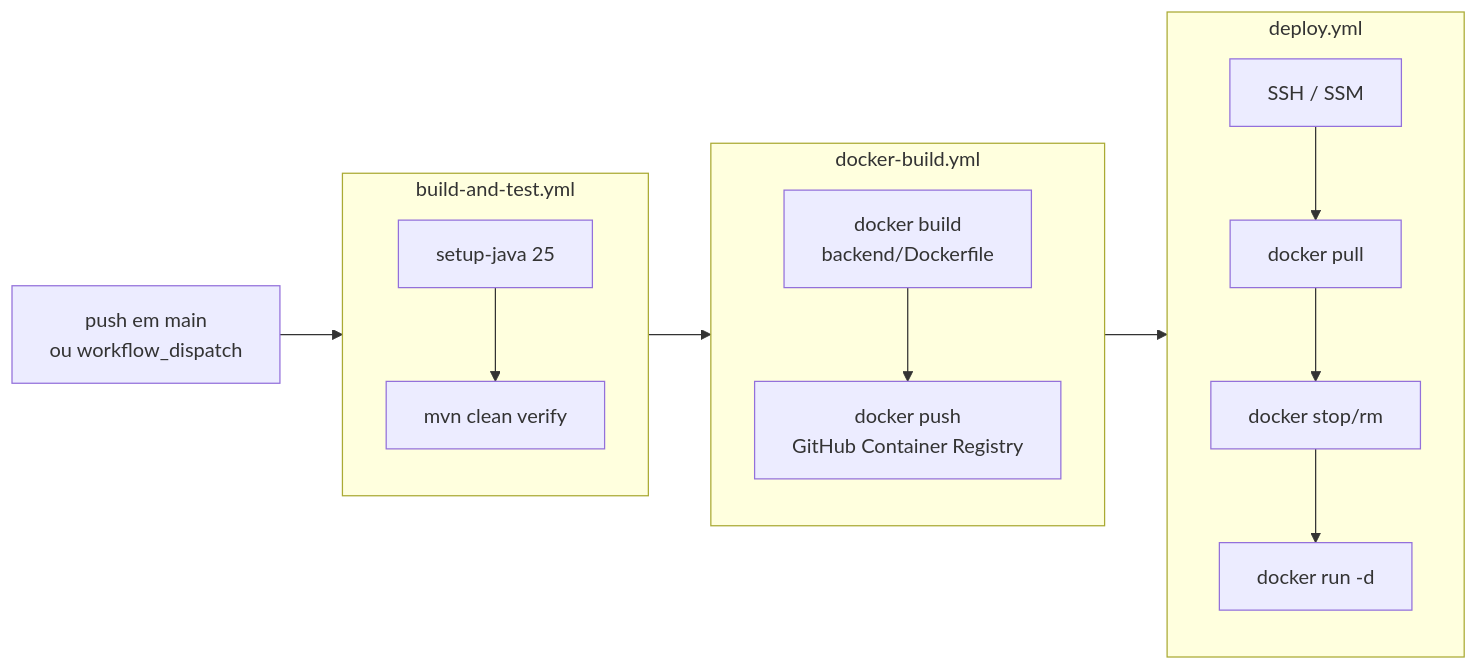
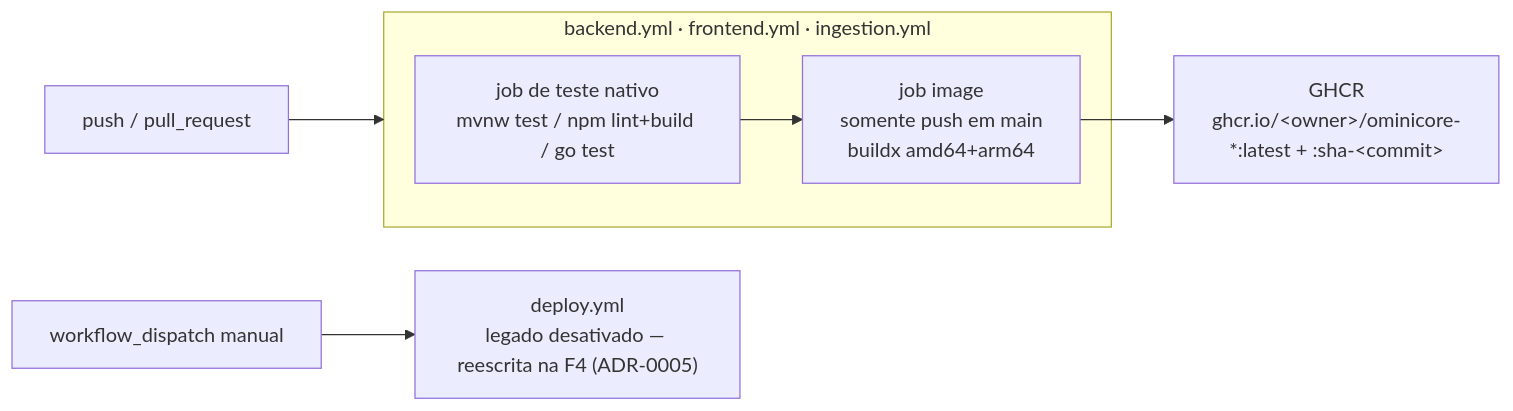
Before and after one commit to jhowzin-dev/ERP: diagram 19 of 19 in README.md, drawn with Mermaid. The commit also changed other lines of this file and 22 other files, not shown here.

````diff
--- a/README.md
+++ b/README.md
@@ -1027,20 +1029,12 @@
 ```mermaid
 flowchart LR
-    PUSH["push em main<br/>ou workflow_dispatch"] --> CI
+    PUSH["push / pull_request"] --> W
 
-    subgraph CI["build-and-test.yml"]
-        C1["setup-java 25"] --> C2["mvn clean verify"]
+    subgraph W["backend.yml · frontend.yml · ingestion.yml"]
+        T["job de teste nativo<br/>mvnw test / npm lint+build / go test"] --> IMG["job image<br/>somente push em main<br/>buildx amd64+arm64"]
     end
 
-    CI --> DOCKER
+    IMG --> GHCR["GHCR<br/>ghcr.io/&lt;owner&gt;/ominicore-*:latest + :sha-&lt;commit&gt;"]
 
-    subgraph DOCKER["docker-build.yml"]
-        D1["docker build<br/>backend/Dockerfile"] --> D2["docker push<br/>GitHub Container Registry"]
-    end
-
-    DOCKER --> DEPLOY
-
-    subgraph DEPLOY["deploy.yml"]
-        E1["SSH / SSM"] --> E2["docker pull"] --> E3["docker stop/rm"] --> E4["docker run -d"]
-    end
+    DISPATCH["workflow_dispatch manual"] --> DEPLOY["deploy.yml<br/>legado desativado — reescrita na F4 (ADR-0005)"]
 ```
````
